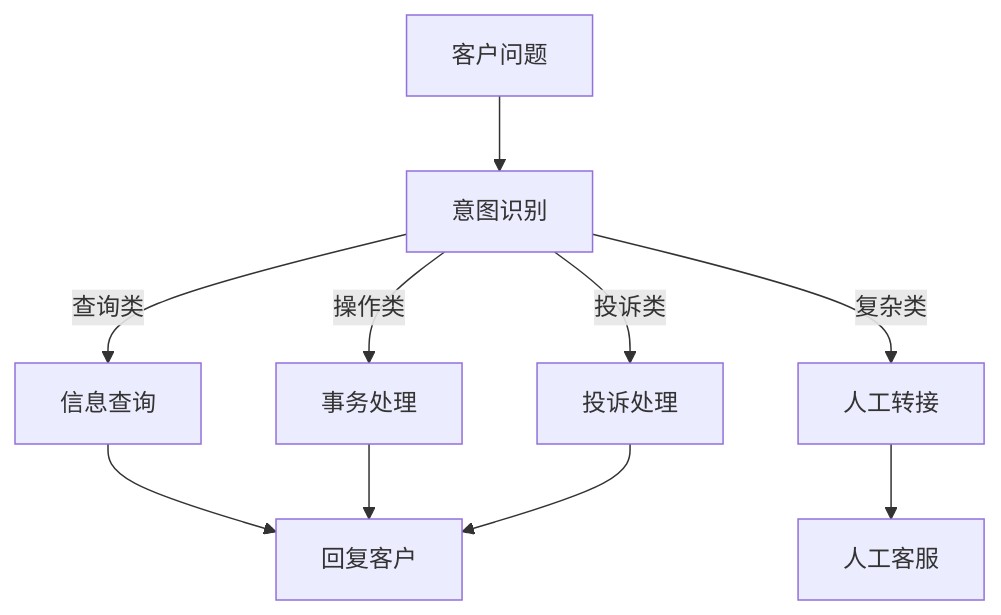
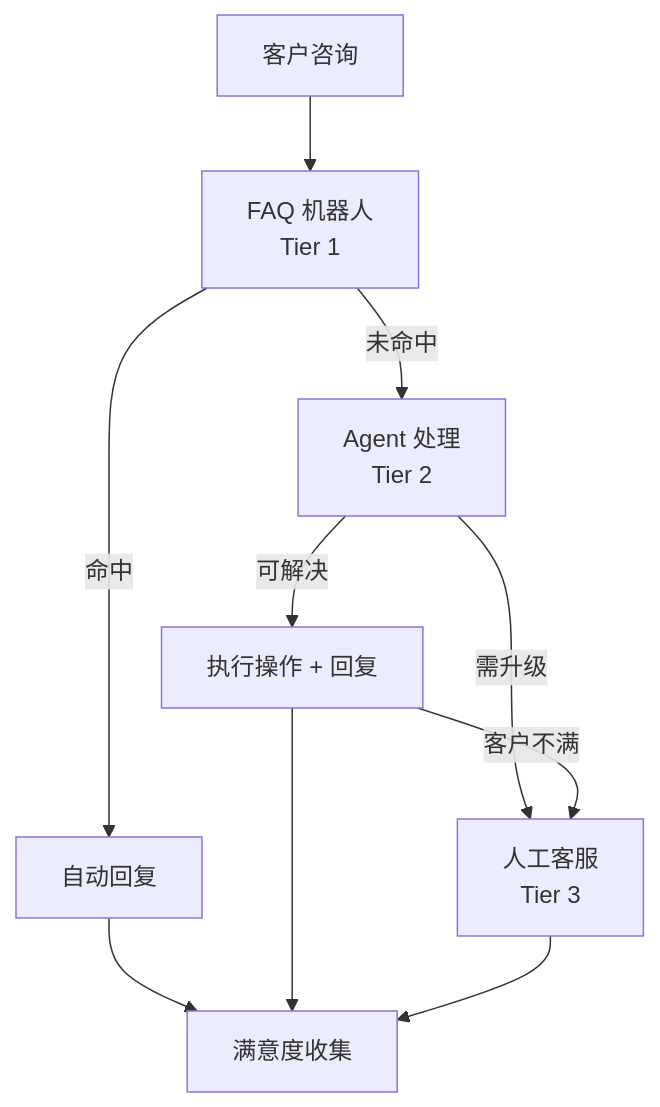
Before and after one commit to dilboy/agent-programming-wiki: the first of 3 diagrams in docs/08-案例研究/03-客户服务Agent.md, drawn with Mermaid. The commit also changed other lines of this file and 9 other files, not shown here.

````diff
--- a/docs/08-案例研究/03-客户服务Agent.md
+++ b/docs/08-案例研究/03-客户服务Agent.md
@@ -17,12 +19,12 @@
 ```mermaid
 graph TD
-    A[客户问题] --> B[意图识别]
-    B -->|查询类| C[信息查询]
-    B -->|操作类| D[事务处理]
-    B -->|投诉类| E[投诉处理]
-    B -->|复杂类| F[人工转接]
-    C --> G[回复客户]
-    D --> G
+    A[客户咨询] --> B[FAQ 机器人<br/>Tier 1]
+    B -->|命中| C[自动回复]
+    B -->|未命中| D[Agent 处理<br/>Tier 2]
+    D -->|可解决| E[执行操作 + 回复]
+    D -->|需升级| F[人工客服<br/>Tier 3]
+    E -->|客户不满| F
+    C --> G[满意度收集]
     E --> G
-    F --> H[人工客服]
+    F --> G
 ```
````
